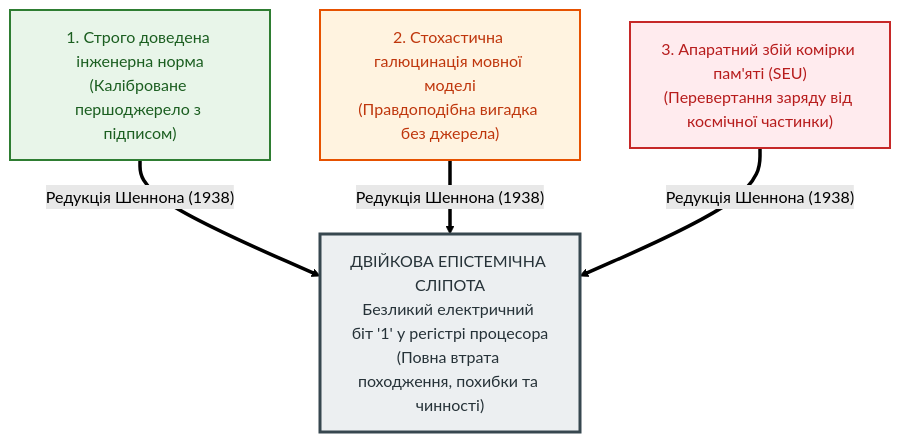
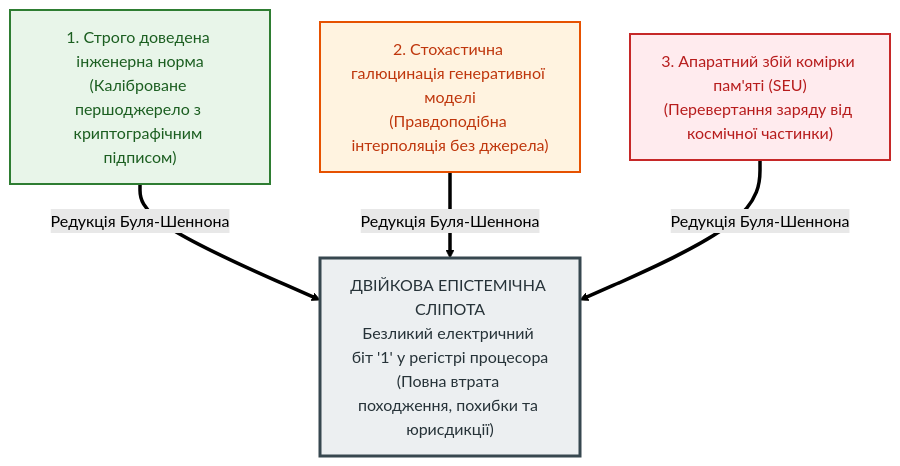
Before and after one commit to nick-fedchik/articles: the first of 2 diagrams in Epistemic_Circuit_Theory/ch01-manifesto-and-epistemic-gap.md, drawn with Mermaid (forest theme). The commit also changed other lines of this file and 5 other files, not shown here.

````diff
--- a/Epistemic_Circuit_Theory/ch01-manifesto-and-epistemic-gap.md
+++ b/Epistemic_Circuit_Theory/ch01-manifesto-and-epistemic-gap.md
@@ -44,25 +59,25 @@
 ```mermaid
 flowchart TD
-    accTitle: Феномен двійкової епістемічної сліпоти після редукції Шеннона
-    accDescr: Три принципово різні за своєю природою явища — доведена теорема, галюцинація мовної моделі та радіаційний збій пам'яті — зливаються в один нерозрізненний біт 1.
+    accTitle: Рисунок 1.1. Феномен двійкової епістемічної сліпоти після редукції Буля та Шеннона
+    accDescr: Три принципово різні за своєю природою явища — доведена норма стандарту, стохастична галюцинація мовної моделі та радіаційний збій комірки пам'яті — редукуються до одного нерозрізненного біта 1.
 
-    Axiom["1. Строго доведена інженерна норма\n(Каліброване першоджерело з підписом)"]
-    Hallucination["2. Стохастична галюцинація мовної моделі\n(Правдоподібна вигадка без джерела)"]
+    Axiom["1. Строго доведена інженерна норма\n(Каліброване першоджерело з криптографічним підписом)"]
+    Hallucination["2. Стохастична галюцинація генеративної моделі\n(Правдоподібна інтерполяція без джерела)"]
     Fault["3. Апаратний збій комірки пам'яті (SEU)\n(Перевертання заряду від космічної частинки)"]
 
-    Bit["ДВІЙКОВА ЕПІСТЕМІЧНА СЛІПОТА\nБезликий електричний біт '1' у регістрі процесора\n(Повна втрата походження, похибки та чинності)"]
+    Bit["ДВІЙКОВА ЕПІСТЕМІЧНА СЛІПОТА\nБезликий електричний біт '1' у регістрі процесора\n(Повна втрата походження, похибки та юрисдикції)"]
 
-    Axiom ==>|"Редукція Шеннона (1938)"| Bit
-    Hallucination ==>|"Редукція Шеннона (1938)"| Bit
-    Fault ==>|"Редукція Шеннона (1938)"| Bit
+    Axiom ==>|"Редукція Буля-Шеннона"| Bit
+    Hallucination ==>|"Редукція Буля-Шеннона"| Bit
+    Fault ==>|"Редукція Буля-Шеннона"| Bit
 
     classDef okStyle fill:#e8f5e9,stroke:#2e7d32,stroke-width:2px,color:#1b5e20;
     classDef warnStyle fill:#fff3e0,stroke:#e65100,stroke-width:2px,color:#bf360c;
     classDef errStyle fill:#ffebee,stroke:#c62828,stroke-width:2px,color:#b71c1c;
     classDef blindStyle fill:#eceff1,stroke:#37474f,stroke-width:3px,color:#263238;
 
     class Axiom okStyle;
     class Hallucination warnStyle;
     class Fault errStyle;
     class Bit blindStyle;
 ```
````
